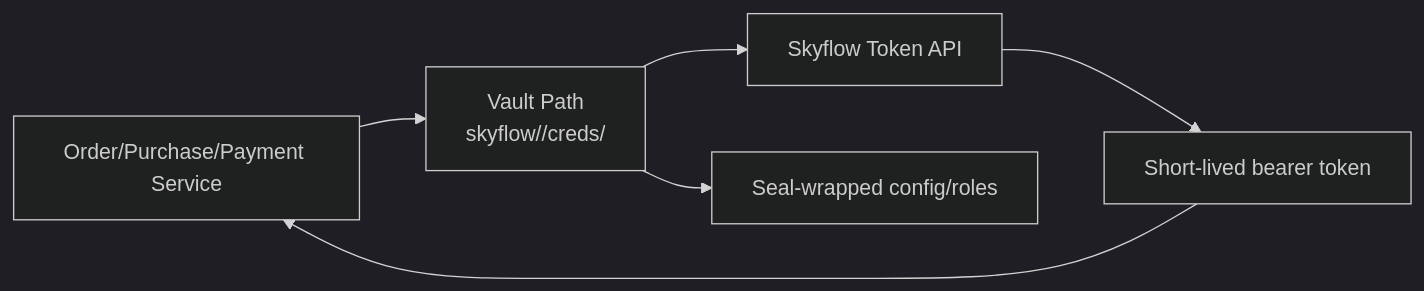
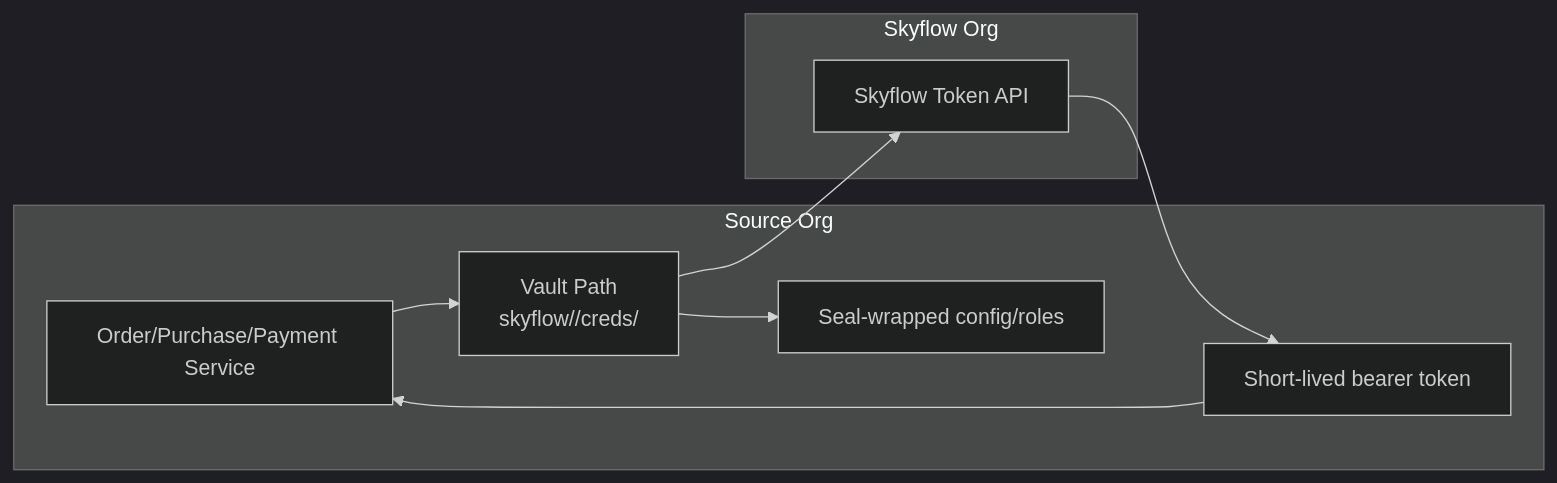
Before and after one commit to sundhar-perumal/vault-plugin-secrets-skyflow: the diagram in README.md, drawn with Mermaid (dark theme).

Commit message:
seperate flow with entities

````diff
--- a/README.md
+++ b/README.md
@@ -50,8 +50,17 @@
 ```mermaid
 flowchart LR
-	A[Order/Purchase/Payment Service] --> B[Vault Path<br/>skyflow/<mount>/creds/<role>]
-	B --> C[Skyflow Token API]
-	B --> D[Seal-wrapped config/roles]
-	C --> E[Short-lived bearer token]
+	subgraph "Source Org"
+		A[Order/Purchase/Payment Service]
+		B[Vault Path<br/>skyflow/<mount>/creds/<role>]
+		D[Seal-wrapped config/roles]
+		E[Short-lived bearer token]
+	end
+	subgraph "Skyflow Org"
+		C[Skyflow Token API]
+	end
+	A --> B
+	B --> C
+	B --> D
+	C --> E
 	E --> A
 ```
````
